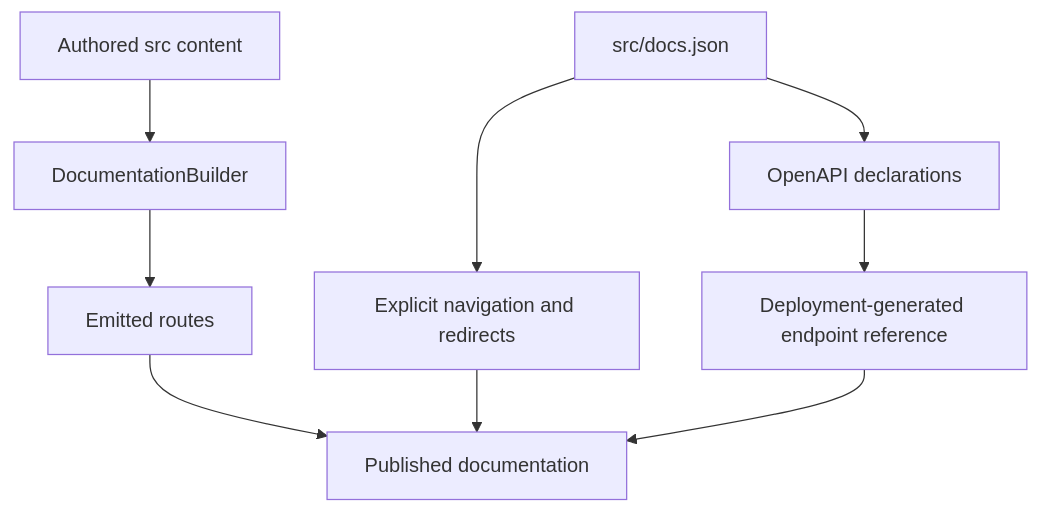
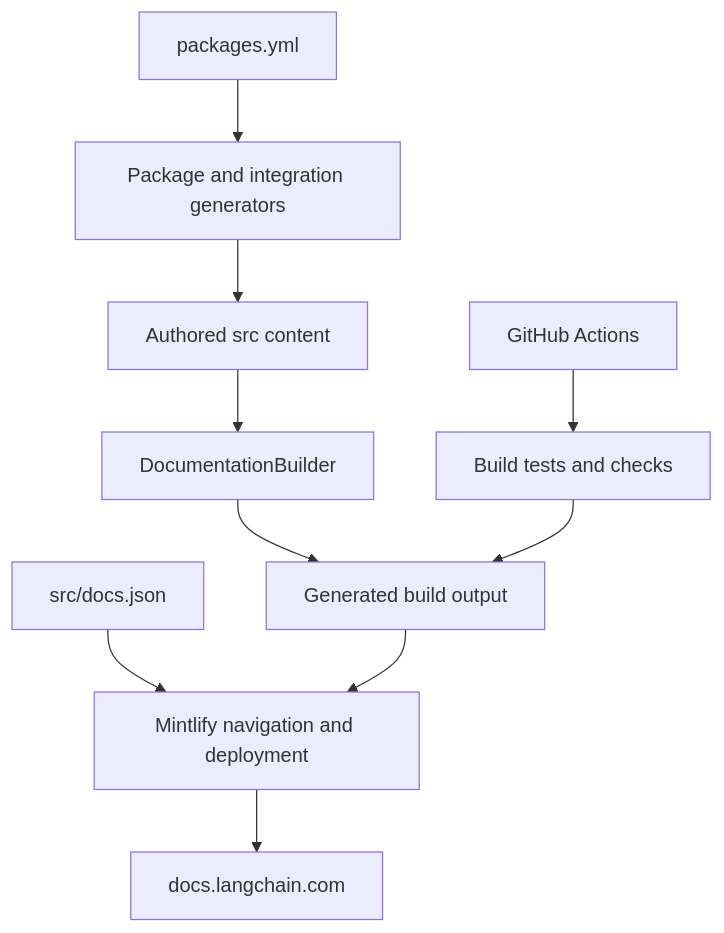
One commit to rishi-raj-jain/docs-1 changed the diagram in openwiki/architecture/source-map.md. Above: the diagram before and after it, drawn with Mermaid. The commit also changed other lines of this file and 53 other files, not shown here.

````diff
--- a/openwiki/architecture/source-map.md
+++ b/openwiki/architecture/source-map.md
@@ -38,11 +61,12 @@
 ```mermaid
 flowchart TD
-    Source["Authored src content"] --> Builder["DocumentationBuilder"]
-    Builder --> Routes["Emitted routes"]
-    Config["src/docs.json"] --> Navigation["Explicit navigation and redirects"]
-    Config --> Specs["OpenAPI declarations"]
-    Specs --> Reference["Deployment-generated endpoint reference"]
-    Routes --> Published["Published documentation"]
-    Navigation --> Published
-    Reference --> Published
+    Authored["Authored src content"] --> Builder["DocumentationBuilder"]
+    Builder --> Output["Generated build output"]
+    Config["src/docs.json"] --> Mintlify["Mintlify navigation and deployment"]
+    Output --> Mintlify
+    Metadata["packages.yml"] --> Generators["Package and integration generators"]
+    Generators --> Authored
+    Mintlify --> Site["docs.langchain.com"]
+    CI["GitHub Actions"] --> Checks["Build tests and checks"]
+    Checks --> Output
 ```
````
